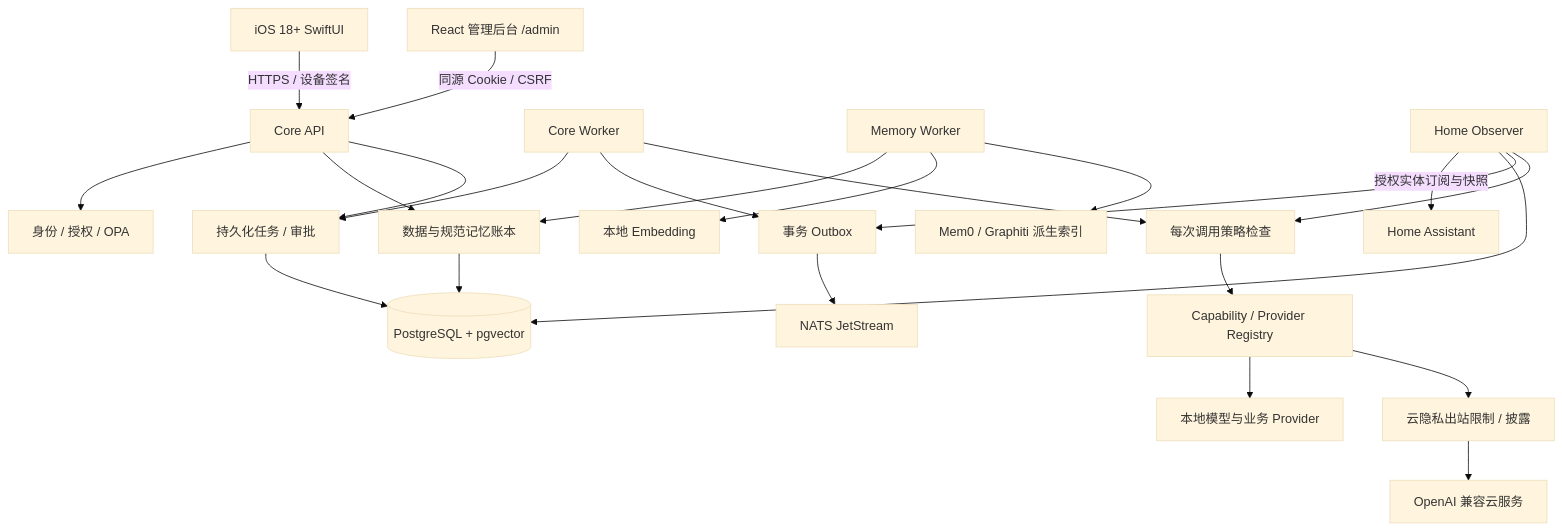
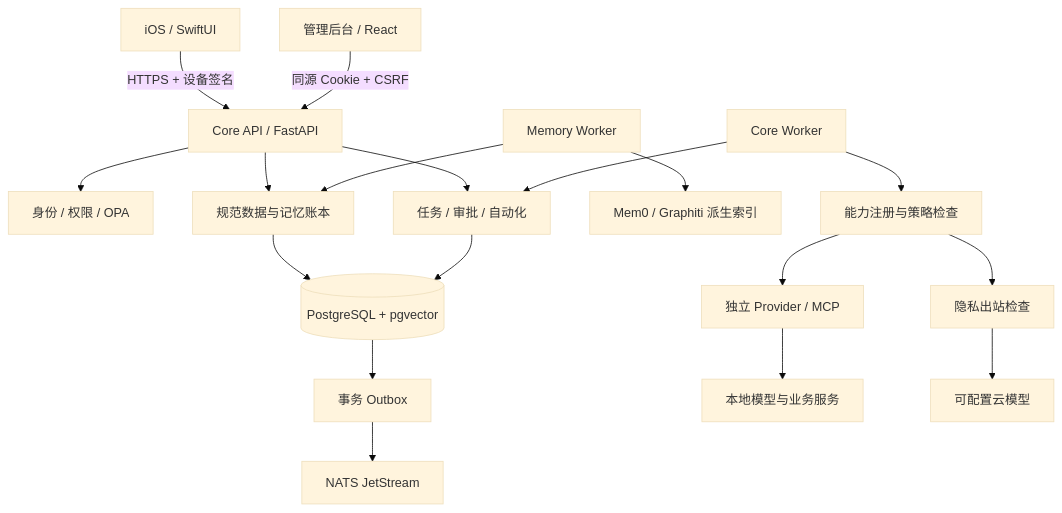
One commit to MR-MaoJiu/home-ai-os changed the first of 2 diagrams in README.md. Above: the diagram before and after it, drawn with Mermaid (base theme). The commit also changed other lines of this file and 6 other files, not shown here.

````diff
--- a/README.md
+++ b/README.md
@@ -47,25 +20,20 @@
 ```mermaid
 flowchart TB
-    IOS[iOS 18+ SwiftUI] -->|HTTPS / 设备签名| API[Core API]
-    WEB[React 管理后台 /admin] -->|同源 Cookie / CSRF| API
-    API --> AUTH[身份 / 授权 / OPA]
-    API --> DATA[数据与规范记忆账本]
-    API --> TASK[持久化任务 / 审批]
-    DATA --> PG[(PostgreSQL + pgvector)]
+    IOS[iOS / SwiftUI] -->|HTTPS + 设备签名| API[Core API / FastAPI]
+    WEB[管理后台 / React] -->|同源 Cookie + CSRF| API
+    API --> AUTH[身份 / 权限 / OPA]
+    API --> LEDGER[规范数据与记忆账本]
+    API --> TASK[任务 / 审批 / 自动化]
+    LEDGER --> PG[(PostgreSQL + pgvector)]
     TASK --> PG
+    PG --> OUTBOX[事务 Outbox]
+    OUTBOX --> NATS[NATS JetStream]
     WORKER[Core Worker] --> TASK
-    WORKER --> OUTBOX[事务 Outbox]
-    OUTBOX --> NATS[NATS JetStream]
-    MW[Memory Worker] --> DATA
-    HO[Home Observer] -->|授权实体订阅与快照| HA[Home Assistant]
-    HO --> PG
-    HO --> OUTBOX
-    HO --> POLICY
-    MW --> EMBED[本地 Embedding]
-    MW --> DERIVED[Mem0 / Graphiti 派生索引]
-    WORKER --> POLICY[每次调用策略检查]
-    POLICY --> REG[Capability / Provider Registry]
-    REG --> LOCAL[本地模型与业务 Provider]
-    REG --> PRIVACY[云隐私出站限制 / 披露]
-    PRIVACY --> CLOUD[OpenAI 兼容云服务]
+    MEMORY[Memory Worker] --> LEDGER
+    MEMORY --> INDEX[Mem0 / Graphiti 派生索引]
+    WORKER --> POLICY[能力注册与策略检查]
+    POLICY --> PROVIDER[独立 Provider / MCP]
+    PROVIDER --> LOCAL[本地模型与业务服务]
+    POLICY --> PRIVACY[隐私出站检查]
+    PRIVACY --> CLOUD[可配置云模型]
 ```
````
